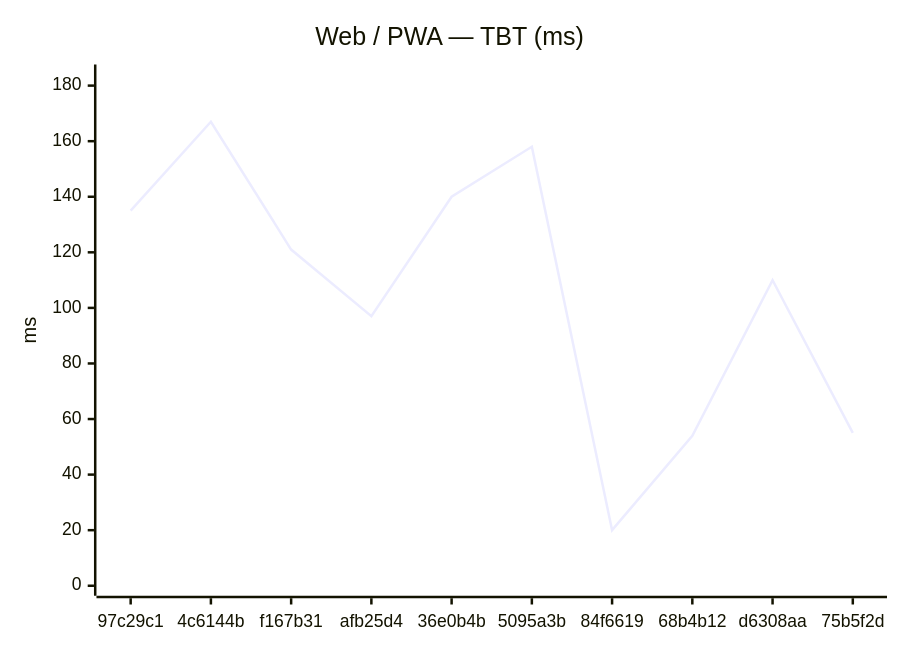
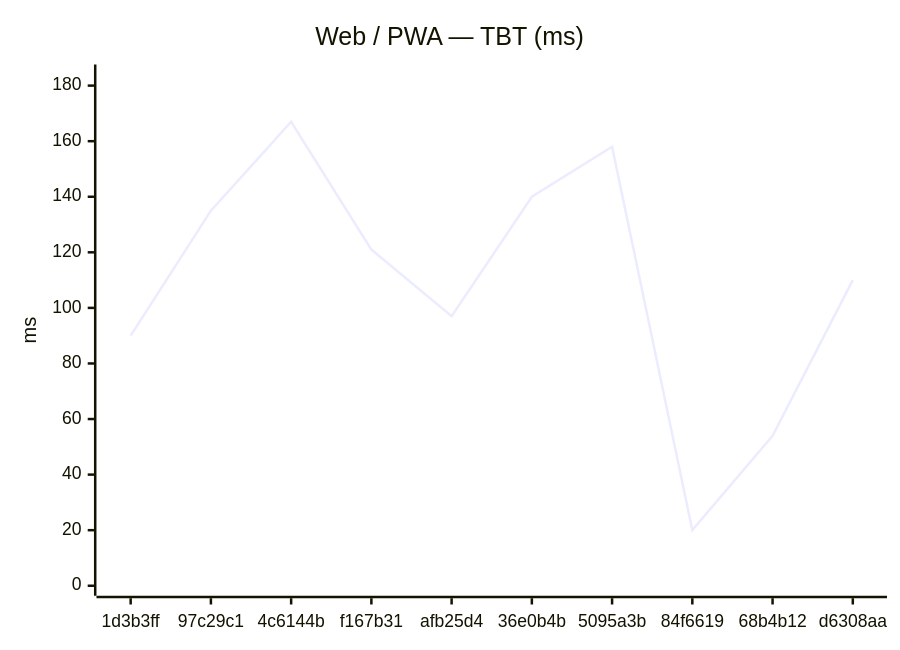
One commit to Metaheurist/Rianell changed the second of 18 diagrams in benchmarks/compare.md. Above: the diagram before and after it, drawn with Mermaid. The commit also changed other lines of this file and 11 other files, not shown here.

````diff
--- a/benchmarks/compare.md
+++ b/benchmarks/compare.md
@@ -31,7 +31,7 @@
 ```mermaid
 xychart-beta
     title "Web / PWA — TBT (ms)"
-    x-axis ["97c29c1", "4c6144b", "f167b31", "afb25d4", "36e0b4b", "5095a3b", "84f6619", "68b4b12", "d6308aa", "75b5f2d"]
+    x-axis ["1d3b3ff", "97c29c1", "4c6144b", "f167b31", "afb25d4", "36e0b4b", "5095a3b", "84f6619", "68b4b12", "d6308aa"]
     y-axis "ms" 0 --> 184
-    line [135, 167, 121, 97, 140, 158, 20, 54, 110, 55]
+    line [90, 135, 167, 121, 97, 140, 158, 20, 54, 110]
 ```
````
